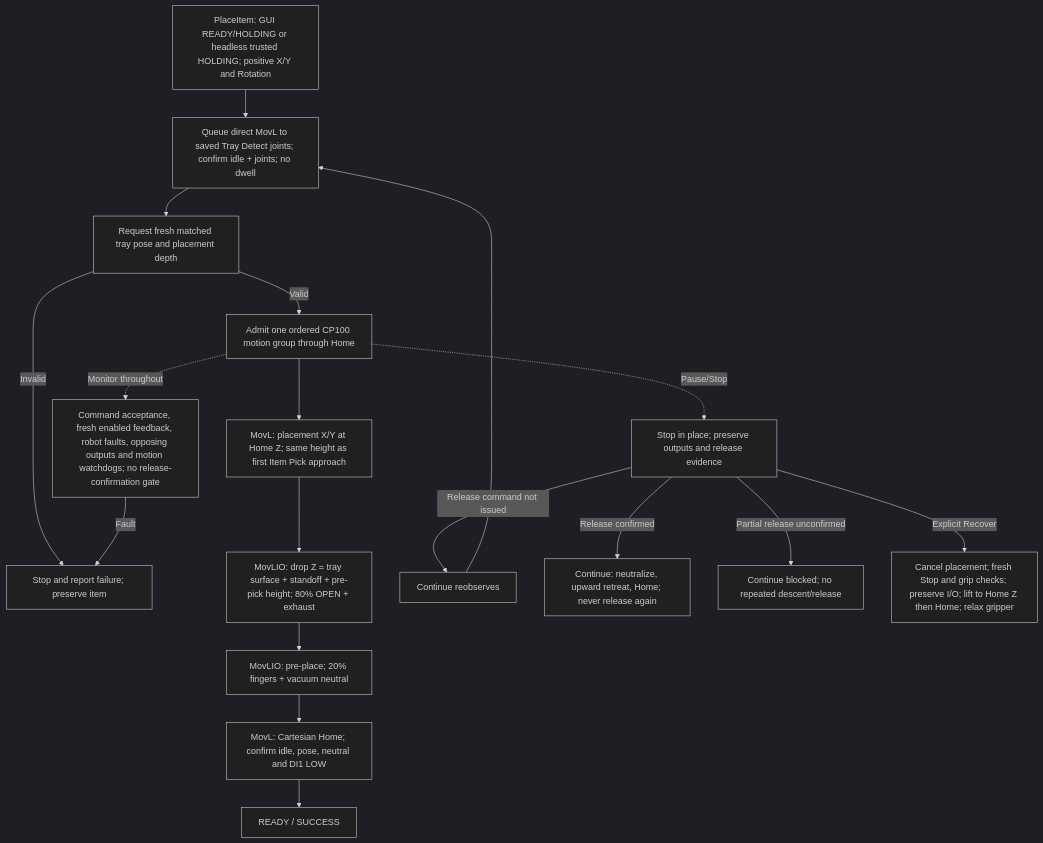
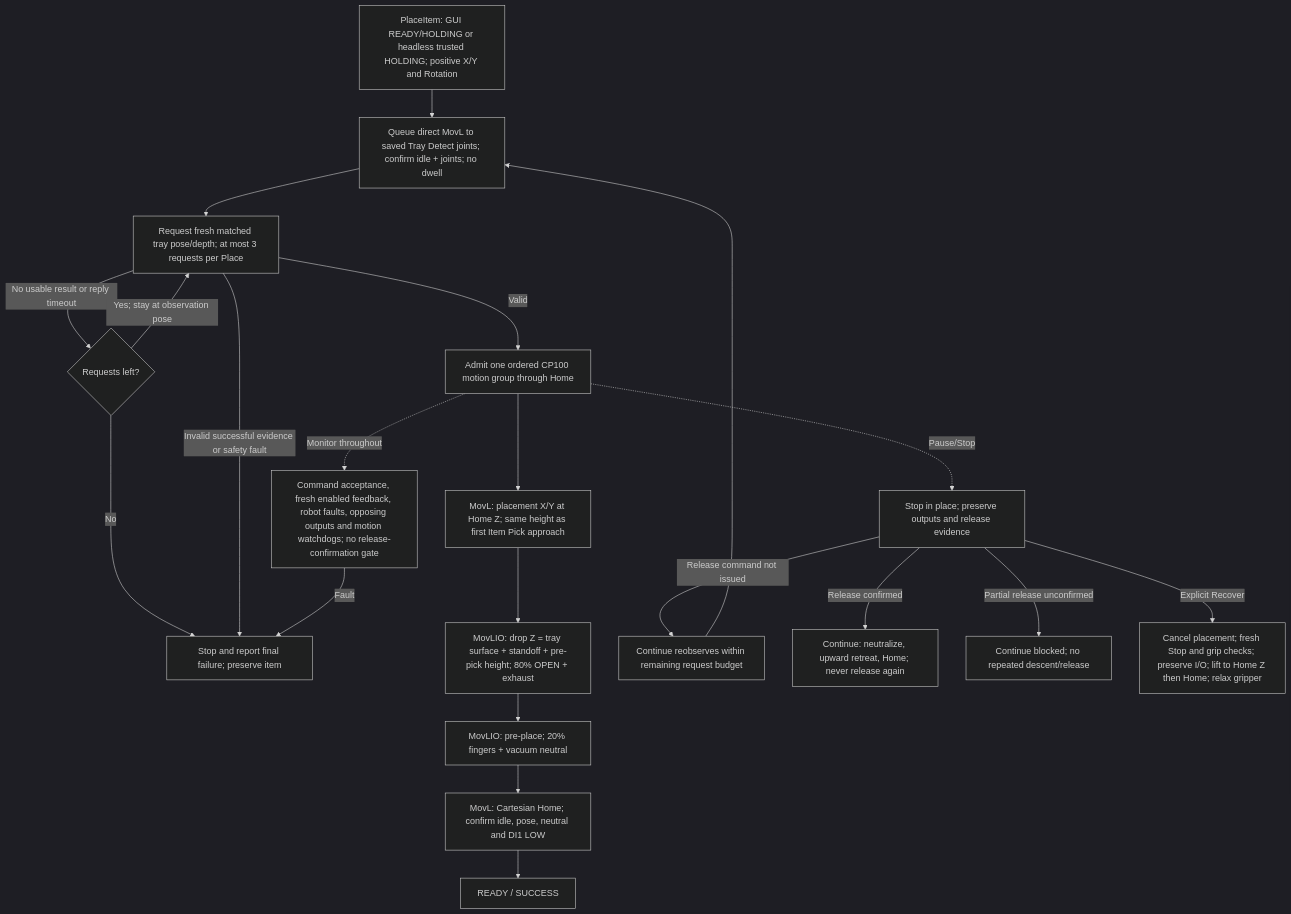
Before and after one commit to esgange/dobot_picknplace_yolo: the fourth of 7 diagrams in docs/ROBOT_CONTROLLER_FSM.md, drawn with Mermaid (dark theme). The commit also changed other lines of this file and 15 other files, not shown here.

````diff
--- a/docs/ROBOT_CONTROLLER_FSM.md
+++ b/docs/ROBOT_CONTROLLER_FSM.md
@@ -280,20 +299,23 @@
 ```mermaid
 flowchart TD
     Request["PlaceItem: GUI READY/HOLDING or headless trusted HOLDING; positive X/Y and Rotation"] --> Observe["Queue direct MovL to saved Tray Detect joints; confirm idle + joints; no dwell"]
-    Observe --> Depth["Request fresh matched tray pose and placement depth"]
-    Depth -->|Invalid| Stop["Stop and report failure; preserve item"]
+    Observe --> Depth["Request fresh matched tray pose/depth; at most 3 requests per Place"]
+    Depth -->|No usable result or reply timeout| Budget{"Requests left?"}
+    Budget -->|Yes; stay at observation pose| Depth
+    Budget -->|No| Stop["Stop and report final failure; preserve item"]
+    Depth -->|Invalid successful evidence or safety fault| Stop
     Depth -->|Valid| Queue["Admit one ordered CP100 motion group through Home"]
     Queue --> Pre["MovL: placement X/Y at Home Z; same height as first Item Pick approach"]
     Pre --> Release["MovLIO: drop Z = tray surface + standoff + pre-pick height; 80% OPEN + exhaust"]
     Release --> Retract["MovLIO: pre-place; 20% fingers + vacuum neutral"]
     Retract --> Home["MovL: Cartesian Home; confirm idle, pose, neutral and DI1 LOW"]
     Home --> Ready["READY / SUCCESS"]
     Queue -. "Monitor throughout" .-> Feedback["Command acceptance, fresh enabled feedback, robot faults, opposing outputs and motion watchdogs; no release-confirmation gate"]
     Feedback -->|Fault| Stop
     Queue -. "Pause/Stop" .-> Stopped["Stop in place; preserve outputs and release evidence"]
-    Stopped -->|Release command not issued| Retry["Continue reobserves"]
+    Stopped -->|Release command not issued| Retry["Continue reobserves within remaining request budget"]
     Retry --> Observe
     Stopped -->|Release confirmed| Recover["Continue: neutralize, upward retreat, Home; never release again"]
     Stopped -->|Partial release unconfirmed| Block["Continue blocked; no repeated descent/release"]
     Stopped -->|Explicit Recover| Cancel["Cancel placement; fresh Stop and grip checks; preserve I/O; lift to Home Z then Home; relax gripper"]
 ```
````
